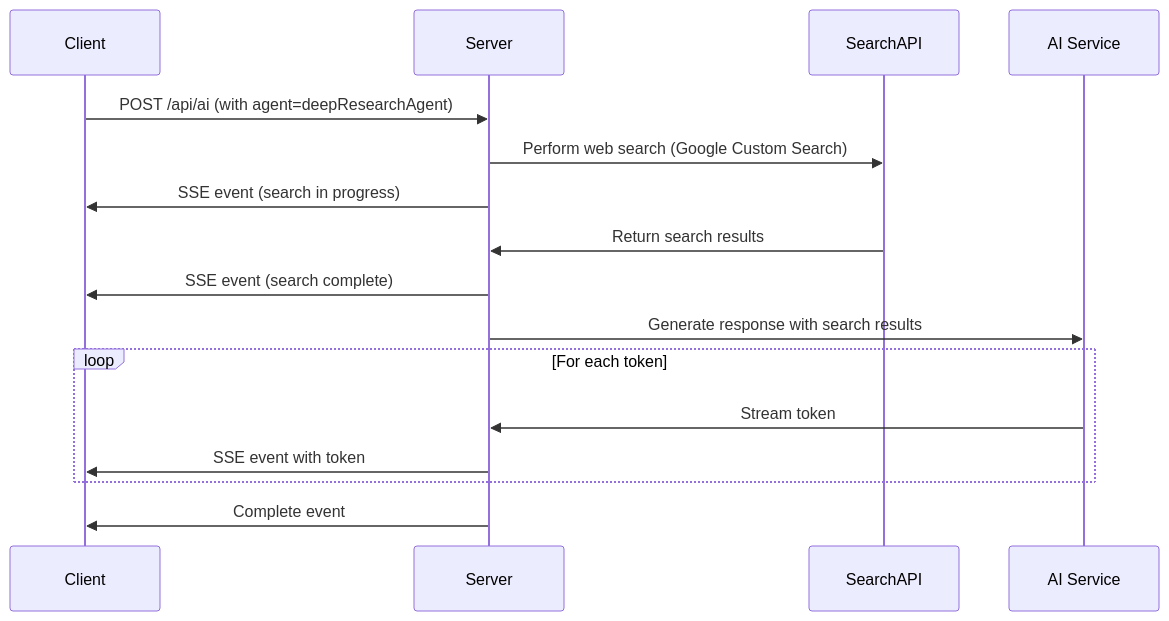
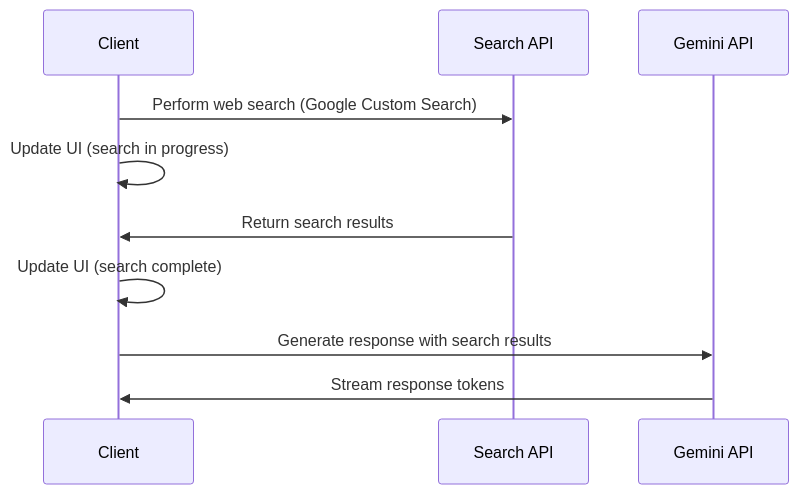
The sixth of 8 diagrams in memory-bank/systemPatterns.md (cuongbuoi/retro-ai-agent), drawn with Mermaid before and after one commit. The commit also changed other lines of this file and 40 other files, not shown here.

````diff
--- a/memory-bank/systemPatterns.md
+++ b/memory-bank/systemPatterns.md
@@ -70,14 +93,9 @@
 ```mermaid
 sequenceDiagram
-    Client->>Server: POST /api/ai (with agent=deepResearchAgent)
-    Server->>SearchAPI: Perform web search (Google Custom Search)
-    Server->>Client: SSE event (search in progress)
-    SearchAPI->>Server: Return search results
-    Server->>Client: SSE event (search complete)
-    Server->>AI Service: Generate response with search results
-    loop For each token
-        AI Service->>Server: Stream token
-        Server->>Client: SSE event with token
-    end
-    Server->>Client: Complete event
+    Client->>Search API: Perform web search (Google Custom Search)
+    Client->>Client: Update UI (search in progress)
+    Search API->>Client: Return search results
+    Client->>Client: Update UI (search complete)
+    Client->>Gemini API: Generate response with search results
+    Gemini API->>Client: Stream response tokens
 ```
````
